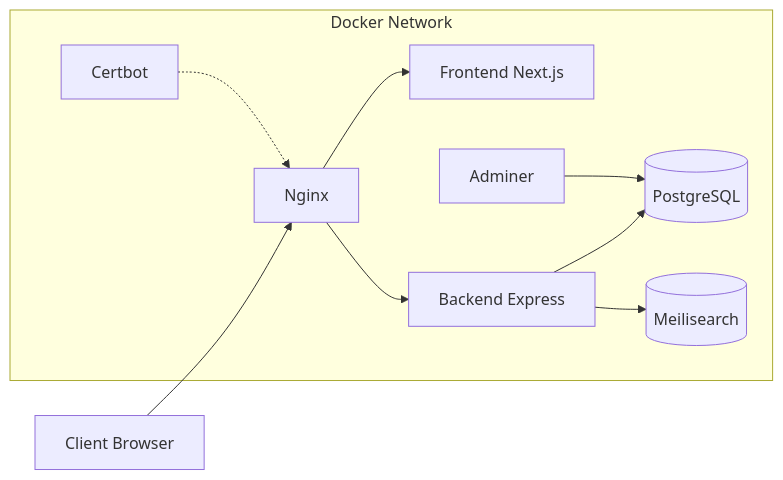
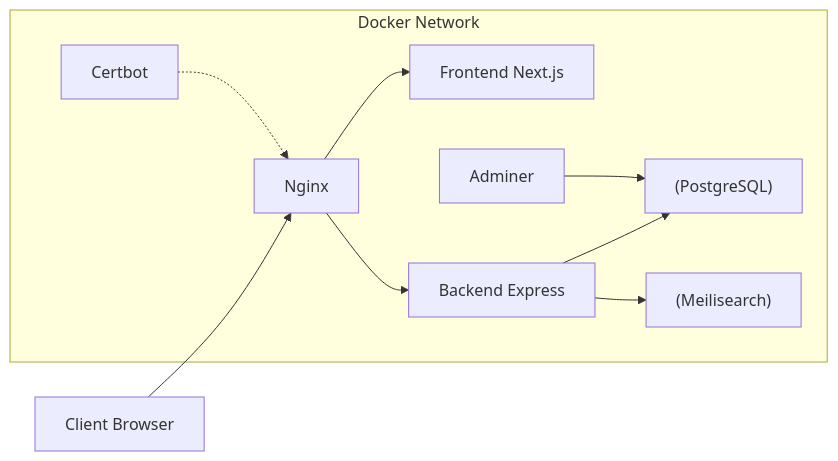
The diagram in docs/documentation-implementation/infrastructure/services.md (Sojeremy/documentation-skillswap), drawn with Mermaid before and after one commit. The commit also changed 14 other files, not shown here.

Commit message:
docs: fix syntaxe Mermaid (labels quotés sur flowchart/graph) — 15 fichiers

````diff
--- a/docs/documentation-implementation/infrastructure/services.md
+++ b/docs/documentation-implementation/infrastructure/services.md
@@ -7,20 +7,20 @@
 ```mermaid
 graph LR
-    Client[Client Browser] --> Nginx
-    Nginx --> Frontend[Frontend Next.js]
-    Nginx --> Backend[Backend Express]
-    Backend --> Postgres[(PostgreSQL)]
-    Backend --> Meilisearch[(Meilisearch)]
+    Client["Client Browser"] --> Nginx
+    Nginx --> Frontend["Frontend Next.js"]
+    Nginx --> Backend["Backend Express"]
+    Backend --> Postgres["(PostgreSQL)"]
+    Backend --> Meilisearch["(Meilisearch)"]
     Adminer --> Postgres
     Certbot -.-> Nginx
 
     subgraph Docker Network
         Nginx
         Frontend
         Backend
         Postgres
         Meilisearch
         Adminer
         Certbot
     end
 ```
````
